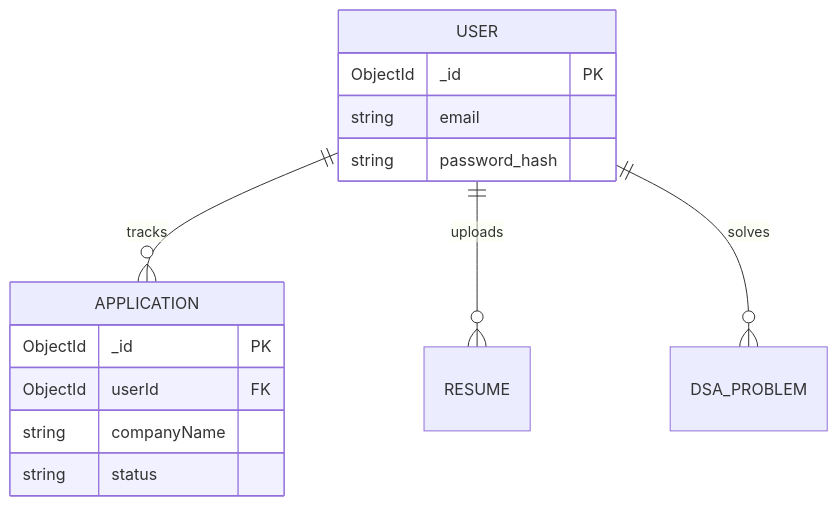
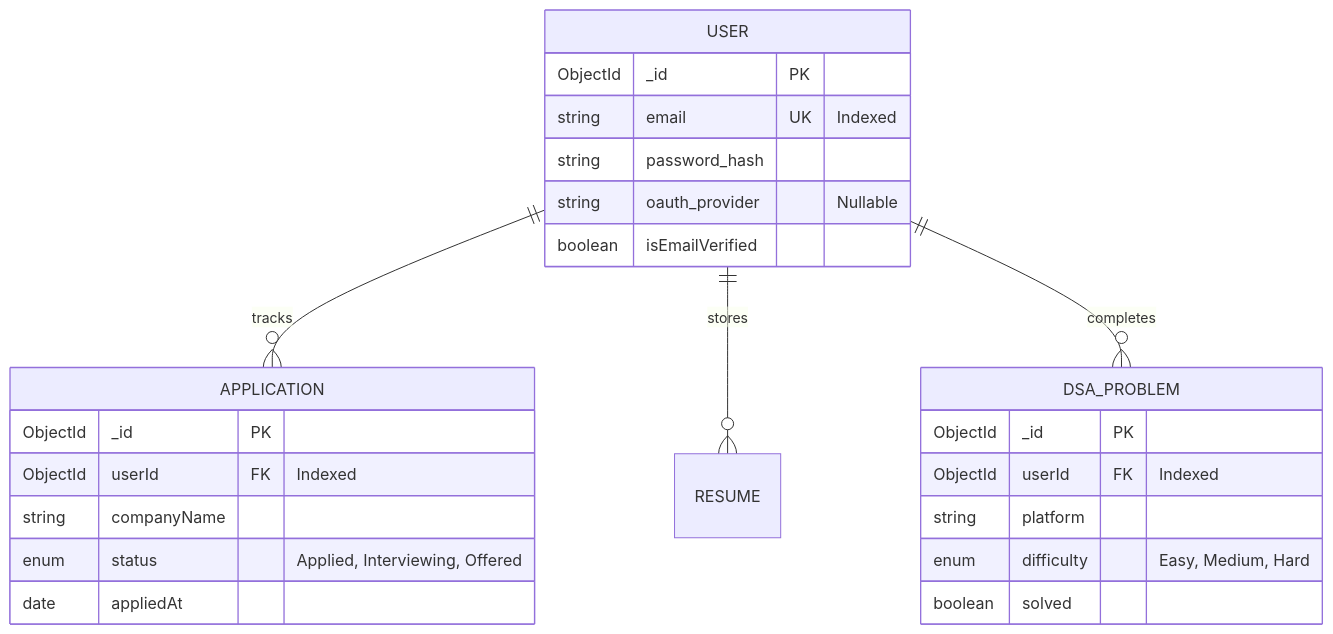
Before and after one commit to sandeep-kumar-270904/my-personal-tracking-system-: the third of 3 diagrams in README.md, drawn with Mermaid. The commit also changed other lines of this file, not shown here.

Commit message:
docs: rewrite README to FAANG architectural standards with deep spec breakdowns

````diff
--- a/README.md
+++ b/README.md
@@ -153,18 +172,30 @@
 ```mermaid
 erDiagram
     USER ||--o{ APPLICATION : tracks
-    USER ||--o{ RESUME : uploads
-    USER ||--o{ DSA_PROBLEM : solves
+    USER ||--o{ RESUME : stores
+    USER ||--o{ DSA_PROBLEM : completes
 
     USER {
         ObjectId _id PK
-        string email
+        string email UK "Indexed"
         string password_hash
+        string oauth_provider "Nullable"
+        boolean isEmailVerified
     }
+
     APPLICATION {
         ObjectId _id PK
-        ObjectId userId FK
+        ObjectId userId FK "Indexed"
         string companyName
-        string status
+        enum status "Applied, Interviewing, Offered"
+        date appliedAt
+    }
+
+    DSA_PROBLEM {
+        ObjectId _id PK
+        ObjectId userId FK "Indexed"
+        string platform
+        enum difficulty "Easy, Medium, Hard"
+        boolean solved
     }
 ```
````
